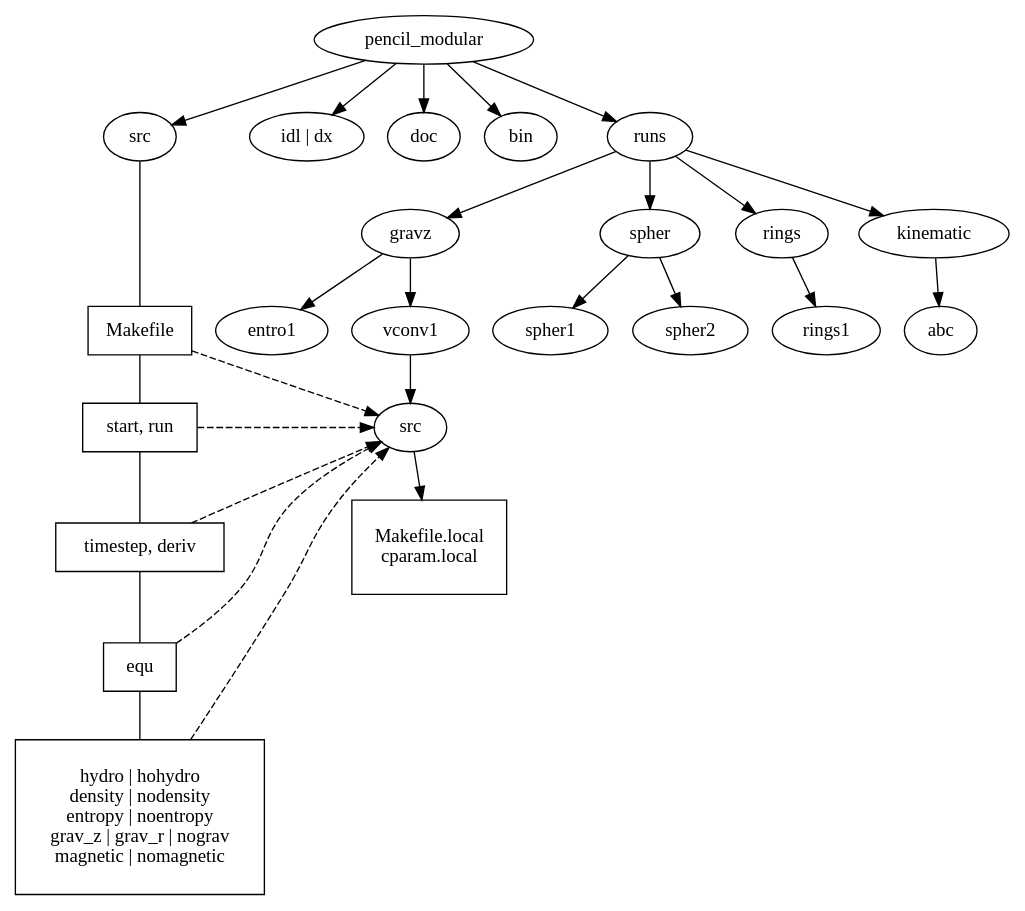
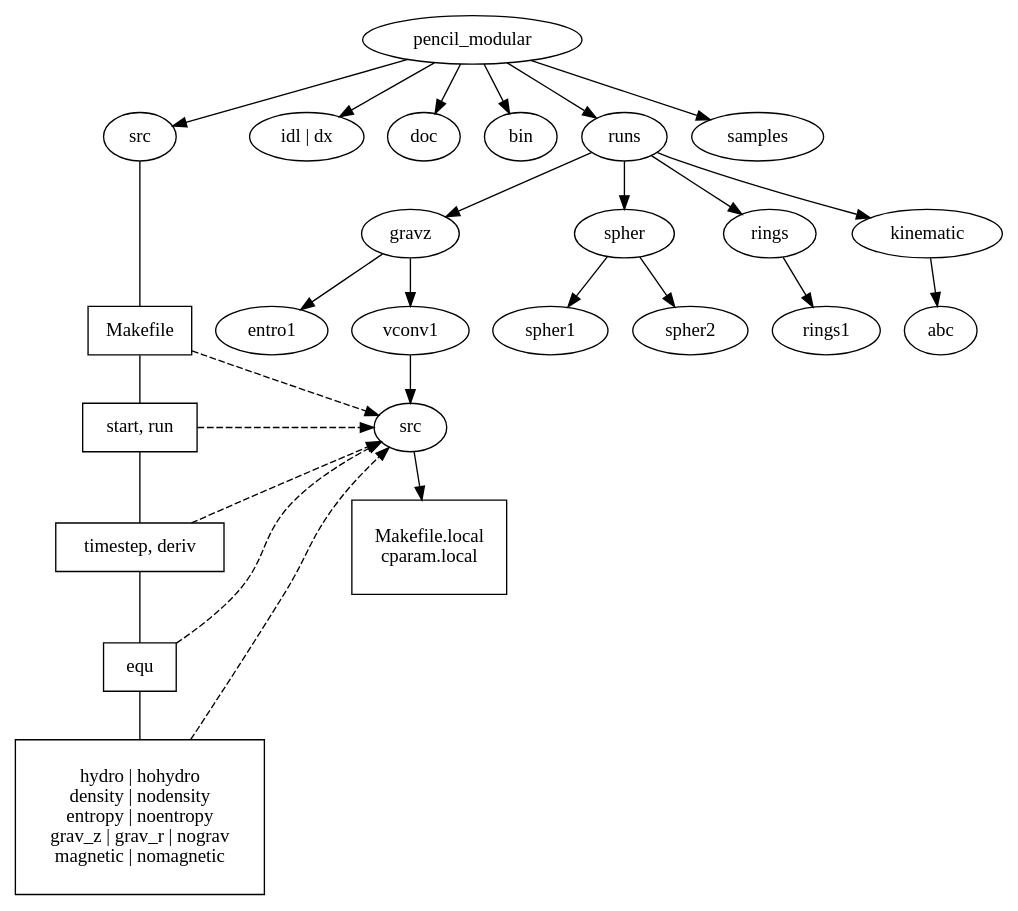
Before and after one commit to pencil-code/pencil-code: the diagram in doc/structure.dot, drawn with Graphviz. The commit also changed 2 other files, not shown here.

```diff
--- a/doc/structure.dot
+++ b/doc/structure.dot
@@ -1,59 +1,61 @@
 /* Mutual dependencies for the pencil_modular code.
    Run this through
      dot -Tps structure.dot -o struct.ps
-   to obtain a PostScript graph. dot is part of AT&T's `graphviz'
-   package.
+   to obtain a PostScript graph.
+   `dot' is part of AT&T's `graphviz' package.
  */
+
 digraph G {
 
   /* Top directory */
   node [shape=ellipse];
   { pencil_modular }
 
   /* */
   node [shape=ellipse];
-  { rank=same; src; idl_dx; doc; bin; runs }
+  { rank=same; src; idl_dx; doc; bin; runs; samples }
 
   idl_dx [label="idl | dx"];
 
   pencil_modular -> src;
   pencil_modular -> idl_dx;
   pencil_modular -> bin;
   pencil_modular -> doc;
   pencil_modular -> runs;
+  pencil_modular -> samples;
 
   runs->gravz    ->entro1;
   runs->spher    ->spher1;
   runs->rings    ->rings1;
   runs->kinematic->abc;
 
   gravz->vconv1;
   spher->spher2;
 
 
   /* Switch default to boxed (for files) */
   node [shape=box];
   { Makefile; startrun; scheme; equ; physics; }
 
   startrun [label="start, run"];
   scheme   [label="timestep, deriv"];
   physics  [label="\nhydro | hohydro\ndensity | nodensity\nentropy | noentropy\ngrav_z | grav_r | nograv\nmagnetic | nomagnetic\n\n"];
 
   src->Makefile->startrun->scheme->equ->physics [dir=none,weight=5];
 
 
   vconv1->src1[weight=5];
   src1 [shape=ellipse, label="src"];
   src1->src_local[weight=5];
   src_local[label="\nMakefile.local\ncparam.local\n\n"];
 
 
   /* Indicate links from src to runs/gravz/vconv1/src*/
   Makefile -> src1 [style=dashed];
   startrun -> src1 [style=dashed];
   scheme   -> src1 [style=dashed];
   equ      -> src1 [style=dashed];
   physics  -> src1 [style=dashed];
 
   { rank = same; startrun; src1 }
 }
```
